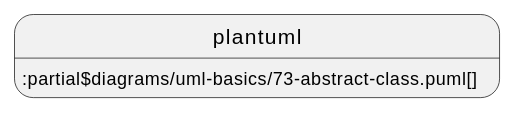
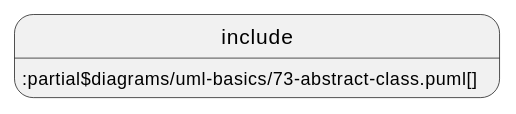
One commit to acplt/aas-specs changed diagram 12 of 24 in documentation/IDTA-01001/modules/ROOT/pages/annex/uml.adoc. Above: the diagram before and after it, drawn with PlantUML. The commit also changed other lines of this file and 14 other files, not shown here.

First line of the commit message:
Revert "Use plantuml instead of include and test ./"

```diff
--- a/documentation/IDTA-01001/modules/ROOT/pages/annex/uml.adoc
+++ b/documentation/IDTA-01001/modules/ROOT/pages/annex/uml.adoc
@@ -187,4 +187,4 @@
 [plantuml, 73-abstract-class, svg]
 ....
-plantuml::partial$diagrams/uml-basics/73-abstract-class.puml[]
+include::partial$diagrams/uml-basics/73-abstract-class.puml[]
 ....
```
